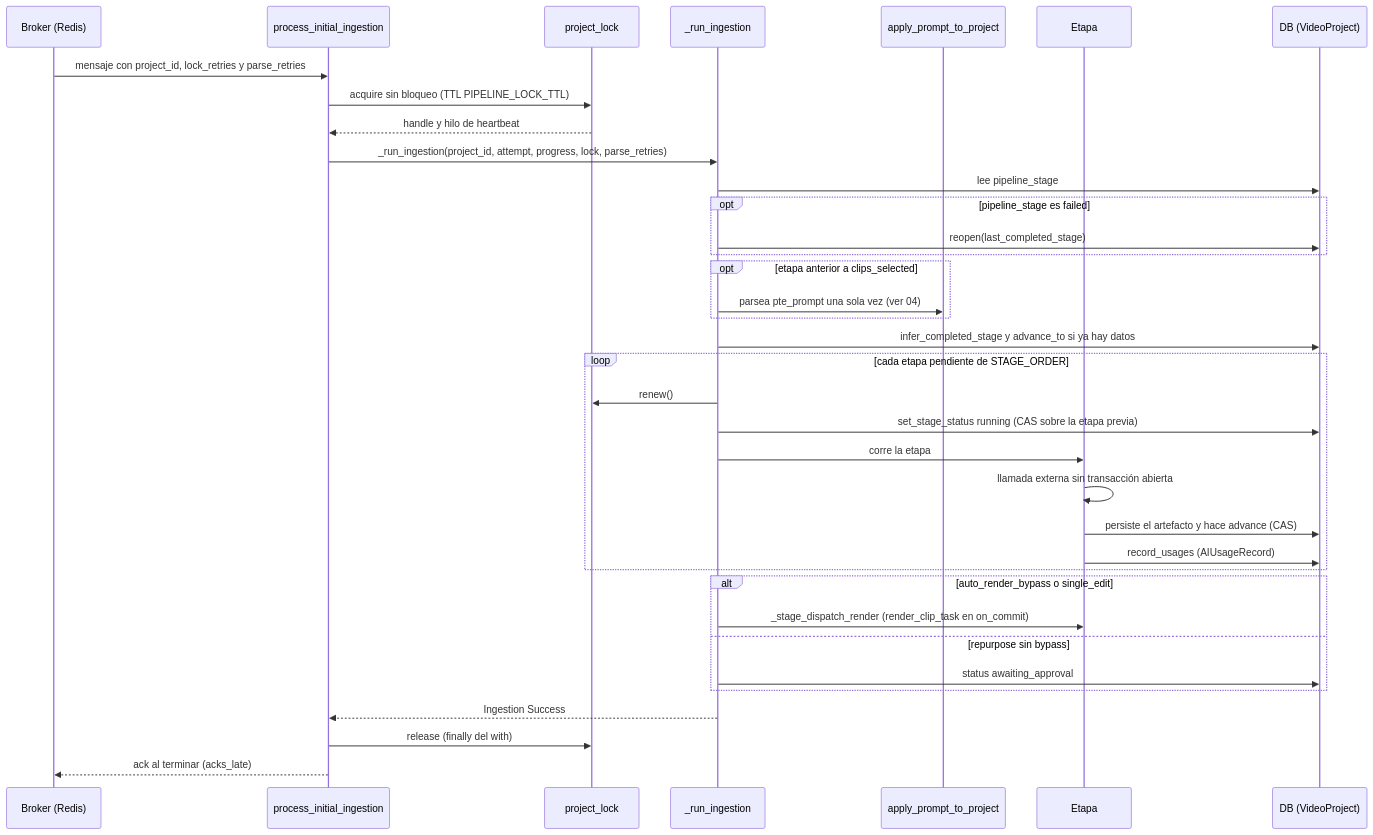
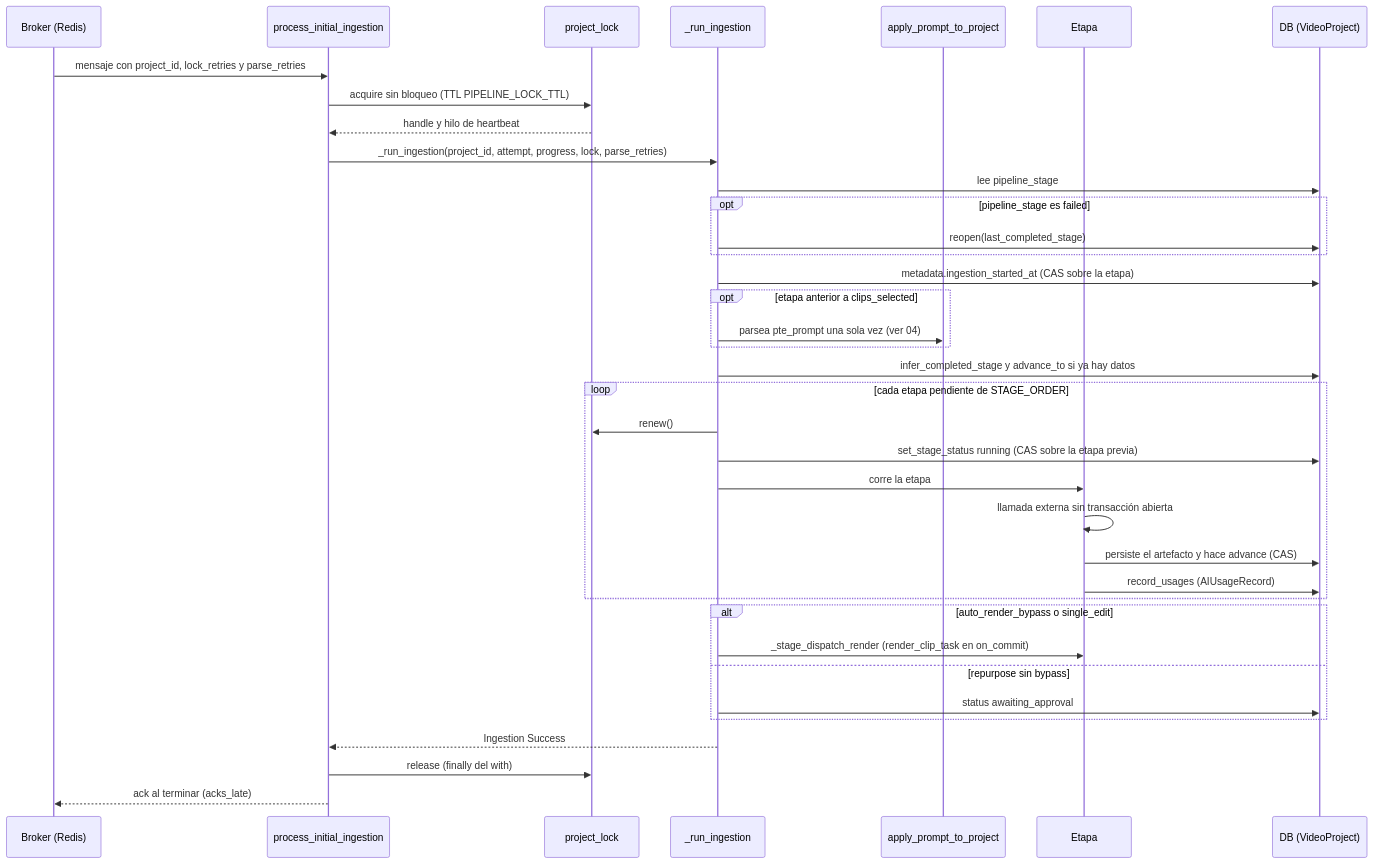
The first of 5 diagrams in documents/ia/02-pipeline-de-ingesta.md (RomeKai/videoeditUTN), drawn with Mermaid before and after one commit. The commit also changed other lines of this file and 9 other files, not shown here.

````diff
--- a/documents/ia/02-pipeline-de-ingesta.md
+++ b/documents/ia/02-pipeline-de-ingesta.md
@@ -27,39 +28,40 @@
 ```mermaid
 sequenceDiagram
     participant Q as Broker (Redis)
     participant T as process_initial_ingestion
     participant L as project_lock
     participant R as _run_ingestion
     participant PTE as apply_prompt_to_project
     participant S as Etapa
     participant DB as DB (VideoProject)
 
     Q->>T: mensaje con project_id, lock_retries y parse_retries
     T->>L: acquire sin bloqueo (TTL PIPELINE_LOCK_TTL)
     L-->>T: handle y hilo de heartbeat
     T->>R: _run_ingestion(project_id, attempt, progress, lock, parse_retries)
     R->>DB: lee pipeline_stage
     opt pipeline_stage es failed
         R->>DB: reopen(last_completed_stage)
     end
+    R->>DB: metadata.ingestion_started_at (CAS sobre la etapa)
     opt etapa anterior a clips_selected
         R->>PTE: parsea pte_prompt una sola vez (ver 04)
     end
     R->>DB: infer_completed_stage y advance_to si ya hay datos
     loop cada etapa pendiente de STAGE_ORDER
         R->>L: renew()
         R->>DB: set_stage_status running (CAS sobre la etapa previa)
         R->>S: corre la etapa
         S->>S: llamada externa sin transacción abierta
         S->>DB: persiste el artefacto y hace advance (CAS)
         S->>DB: record_usages (AIUsageRecord)
     end
     alt auto_render_bypass o single_edit
         R->>S: _stage_dispatch_render (render_clip_task en on_commit)
     else repurpose sin bypass
         R->>DB: status awaiting_approval
     end
     R-->>T: Ingestion Success
     T->>L: release (finally del with)
     T-->>Q: ack al terminar (acks_late)
 ```
````
